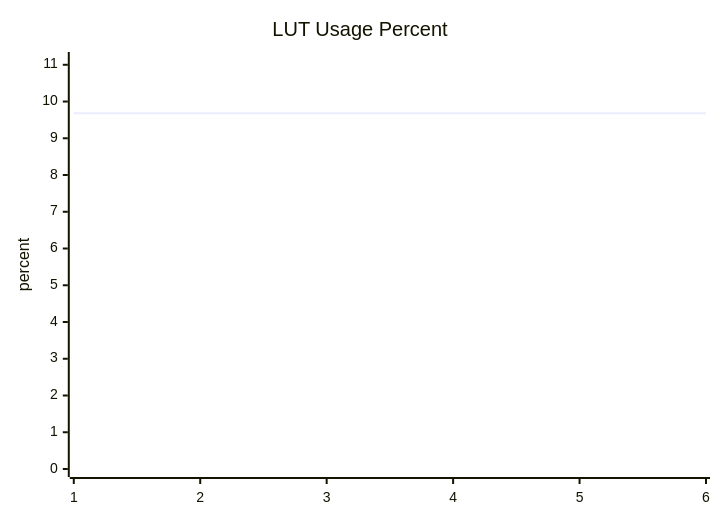
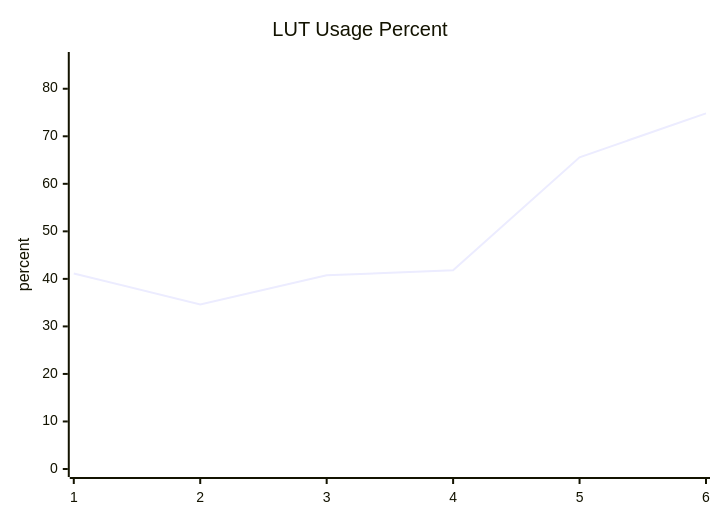
One commit to awtoau/cynthion-workspace changed the first of 5 diagrams in riscv-64/metrics/reports/ecp5_usage_report.md. Above: the diagram before and after it, drawn with Mermaid. The commit also changed other lines of this file and 2 other files, not shown here.

````diff
--- a/riscv-64/metrics/reports/ecp5_usage_report.md
+++ b/riscv-64/metrics/reports/ecp5_usage_report.md
@@ -28,7 +200,7 @@
 ```mermaid
 xychart-beta
   title "LUT Usage Percent"
   x-axis [1, 2, 3, 4, 5, 6]
-  y-axis "percent" 0 --> 11.13
-  line [9.68, 9.68, 9.68, 9.68, 9.68, 9.68]
+  y-axis "percent" 0 --> 86.05
+  line [41.13, 34.64, 40.76, 41.79, 65.58, 74.83]
 ```
````
